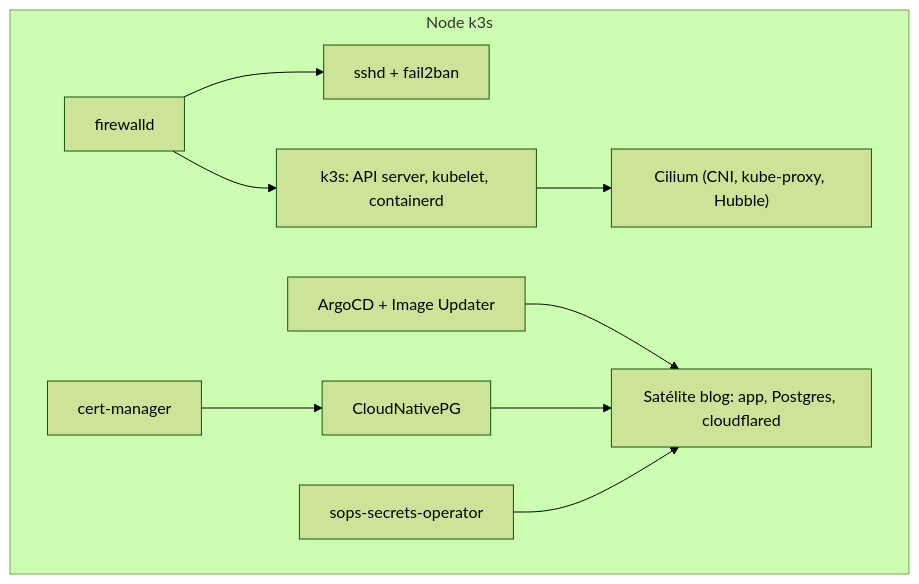
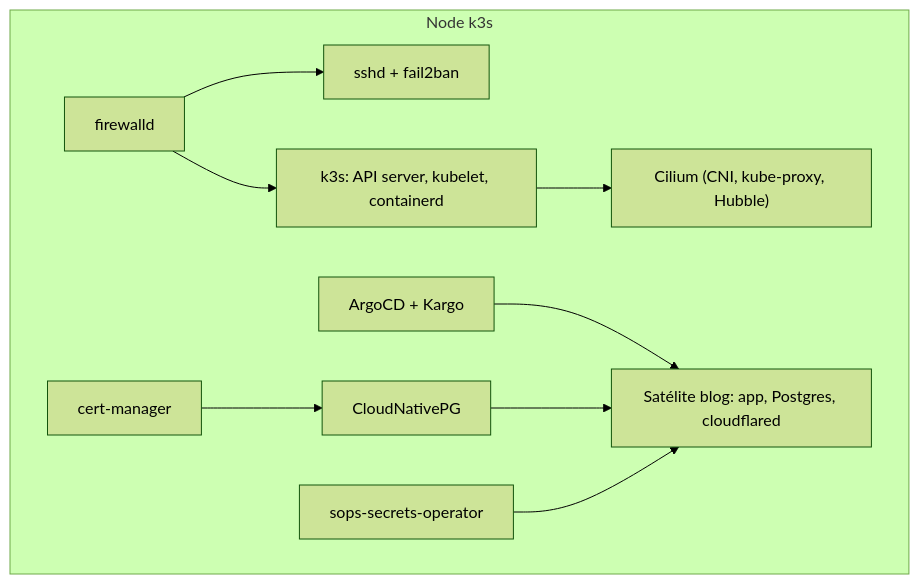
Before and after one commit to guesant/hl-infrastructure: the third of 3 diagrams in docs/arquitetura/index.md, drawn with Mermaid (forest theme). The commit also changed other lines of this file and 15 other files, not shown here.

Commit message:
docs: describe the image rollout with kargo

````diff
--- a/docs/arquitetura/index.md
+++ b/docs/arquitetura/index.md
@@ -45,21 +45,21 @@
 ```mermaid
 flowchart TB
     subgraph node["Node k3s"]
         sshd["sshd + fail2ban"]
         firewall["firewalld"]
         k3s["k3s: API server, kubelet, containerd"]
         cilium["Cilium (CNI, kube-proxy, Hubble)"]
-        argocd["ArgoCD + Image Updater"]
+        argocd["ArgoCD + Kargo"]
         certmanager["cert-manager"]
         cnpg["CloudNativePG"]
         sops["sops-secrets-operator"]
         blog["Satélite blog: app, Postgres, cloudflared"]
     end
     firewall --> sshd
     firewall --> k3s
     k3s --> cilium
     argocd --> blog
     cnpg --> blog
     sops --> blog
     certmanager --> cnpg
 ```
````
